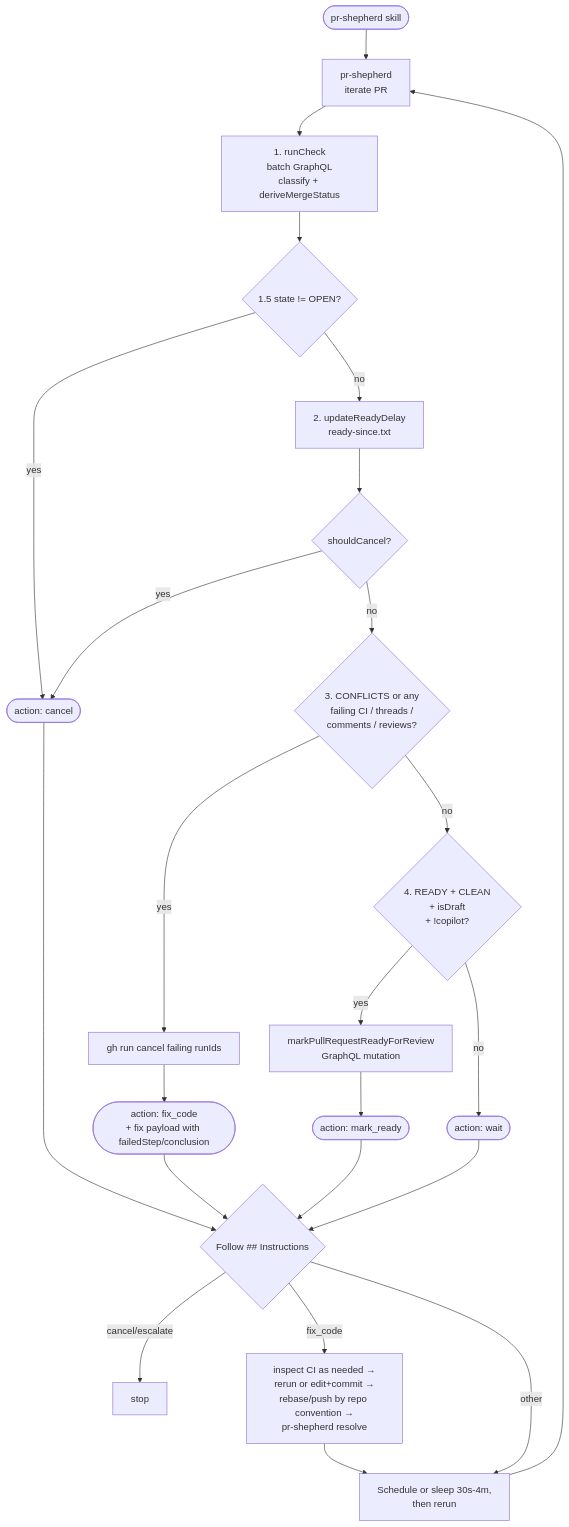
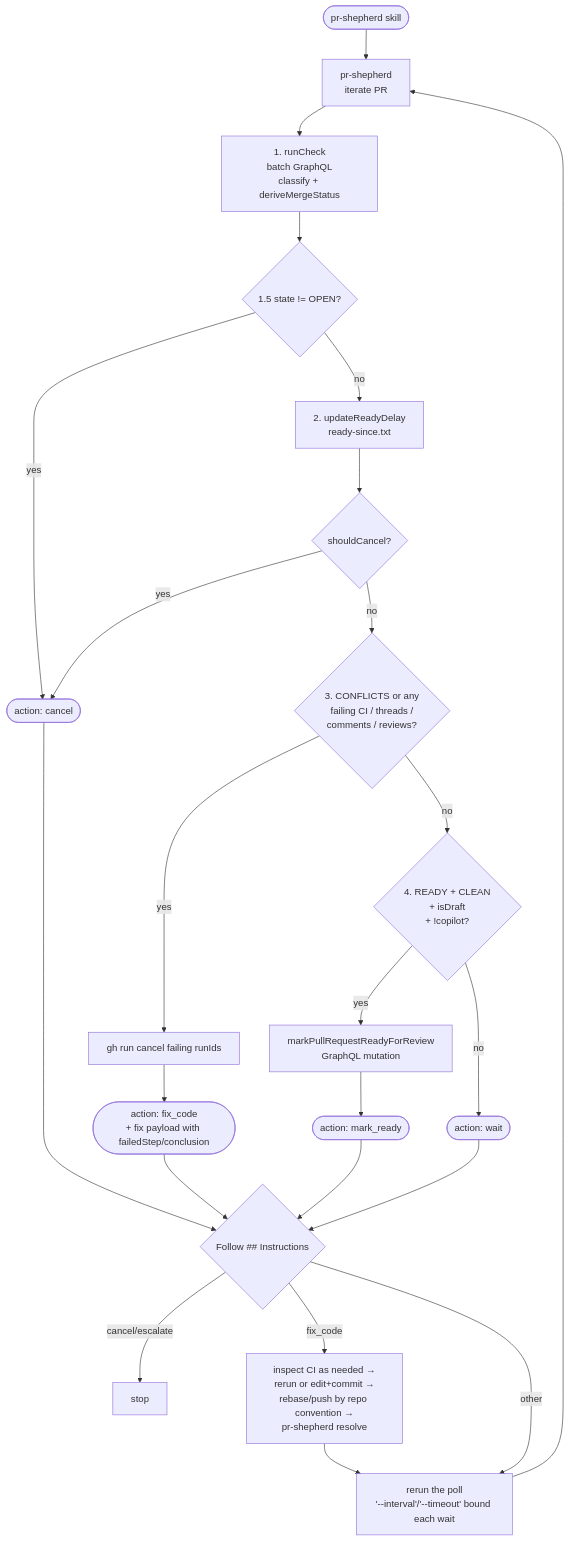
One commit to jonathanong/pr-shepherd changed the diagram in docs/flow.md. Above: the diagram before and after it, drawn with Mermaid. The commit also changed 124 other files, not shown here.

````diff
--- a/docs/flow.md
+++ b/docs/flow.md
@@ -3,30 +3,30 @@
 ```mermaid
 flowchart TD
   U(["pr-shepherd skill"]) --> ITER[pr-shepherd<br/>iterate PR]
 
   ITER --> S1[1. runCheck<br/>batch GraphQL<br/>classify + deriveMergeStatus]
 
   S1 --> S15{1.5 state != OPEN?}
   S15 -->|yes| A_CAN([action: cancel])
   S15 -->|no| S2[2. updateReadyDelay<br/>ready-since.txt]
   S2 --> S2C{shouldCancel?}
   S2C -->|yes| A_CAN
   S2C -->|no| S3{3. CONFLICTS or any<br/>failing CI / threads /<br/>comments / reviews?}
   S3 -->|yes| S3X[gh run cancel failing runIds]
   S3X --> A_FIX([action: fix_code<br/>+ fix payload with failedStep/conclusion])
   S3 -->|no| S4{4. READY + CLEAN<br/>+ isDraft<br/>+ !copilot?}
   S4 -->|yes| S4X[markPullRequestReadyForReview<br/>GraphQL mutation]
   S4X --> A_MR([action: mark_ready])
   S4 -->|no| A_W([action: wait])
 
   A_CAN --> DEC{Follow ## Instructions}
   A_FIX --> DEC
   A_MR --> DEC
   A_W --> DEC
 
   DEC -->|cancel/escalate| STOP["stop"]
   DEC -->|fix_code| FIX[inspect CI as needed →<br/>rerun or edit+commit →<br/>rebase/push by repo convention →<br/>pr-shepherd resolve]
-  FIX --> SLEEP[Schedule or sleep 30s-4m,<br/>then rerun]
-  DEC -->|other| SLEEP
-  SLEEP --> ITER
+  FIX --> RERUN[rerun the poll<br/>'--interval'/'--timeout' bound each wait]
+  DEC -->|other| RERUN
+  RERUN --> ITER
 ```
````
